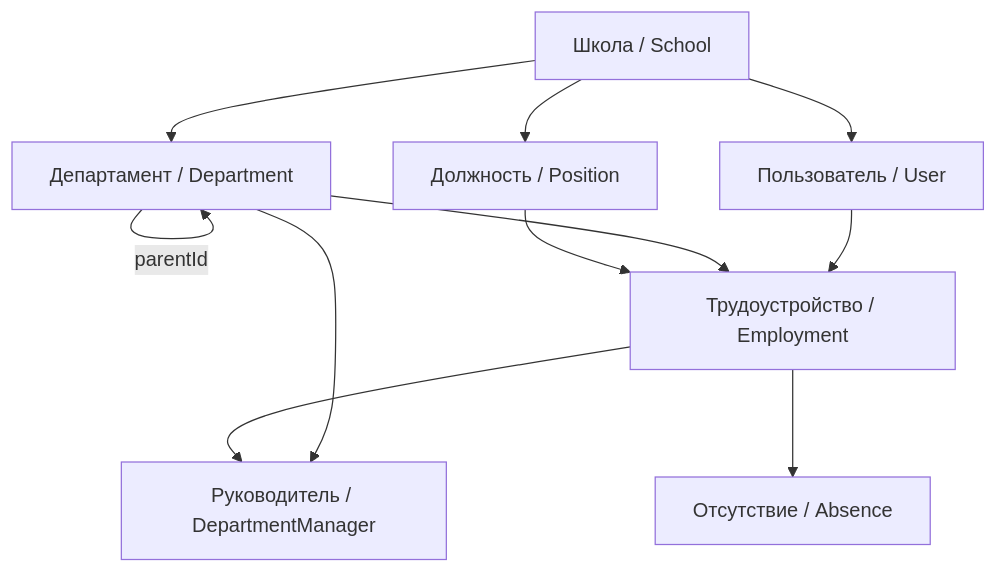
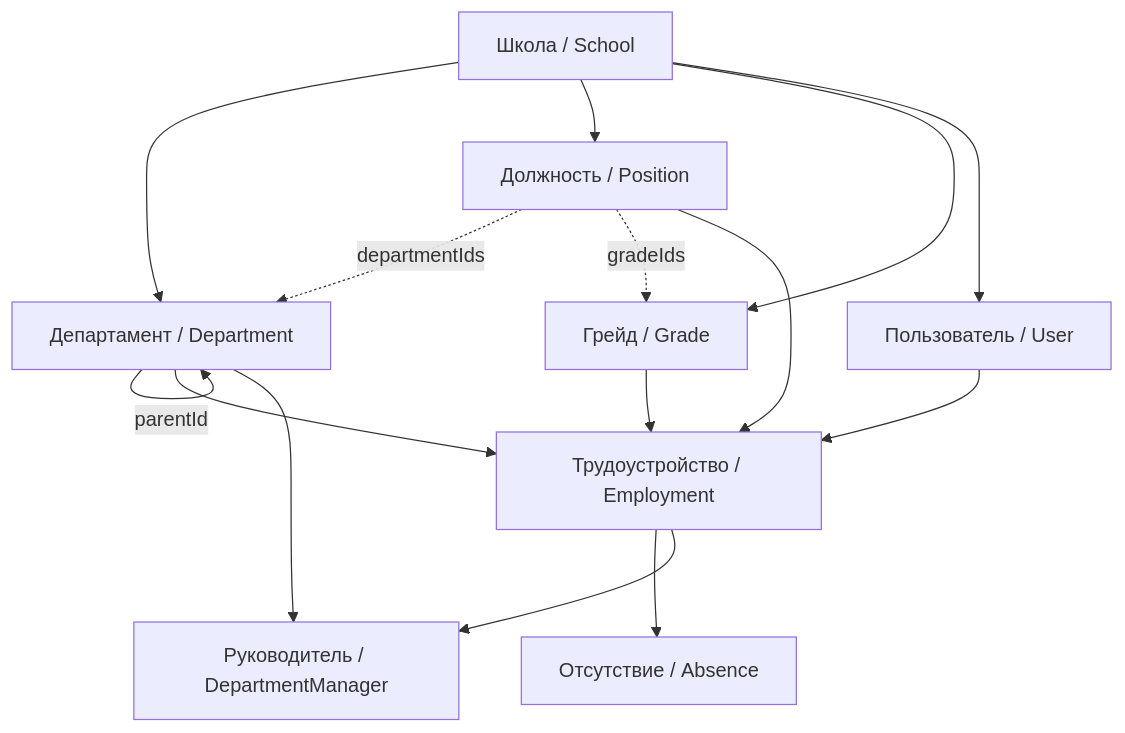
One commit to exode-team/exode-docs changed the diagram in ru/exode-api/school/staff/sync-guide.mdx. Above: the diagram before and after it, drawn with Mermaid. The commit also changed other lines of this file and 18 other files, not shown here.

First line of the commit message:
Staff docs: position ↔ department links, grades, integration lock, user filters

````diff
--- a/ru/exode-api/school/staff/sync-guide.mdx
+++ b/ru/exode-api/school/staff/sync-guide.mdx
@@ -29,13 +29,17 @@
 ```mermaid
 flowchart TD
     School[Школа / School] --> Department[Департамент / Department]
     Department -->|parentId| Department
     School --> Position[Должность / Position]
+    School --> Grade[Грейд / Grade]
+    Position -.->|departmentIds| Department
+    Position -.->|gradeIds| Grade
     School --> User[Пользователь / User]
     User --> Employment[Трудоустройство / Employment]
     Department --> Employment
     Position --> Employment
+    Grade --> Employment
     Employment --> Absence[Отсутствие / Absence]
     Department --> Manager[Руководитель / DepartmentManager]
     Employment --> Manager
 ```
````
